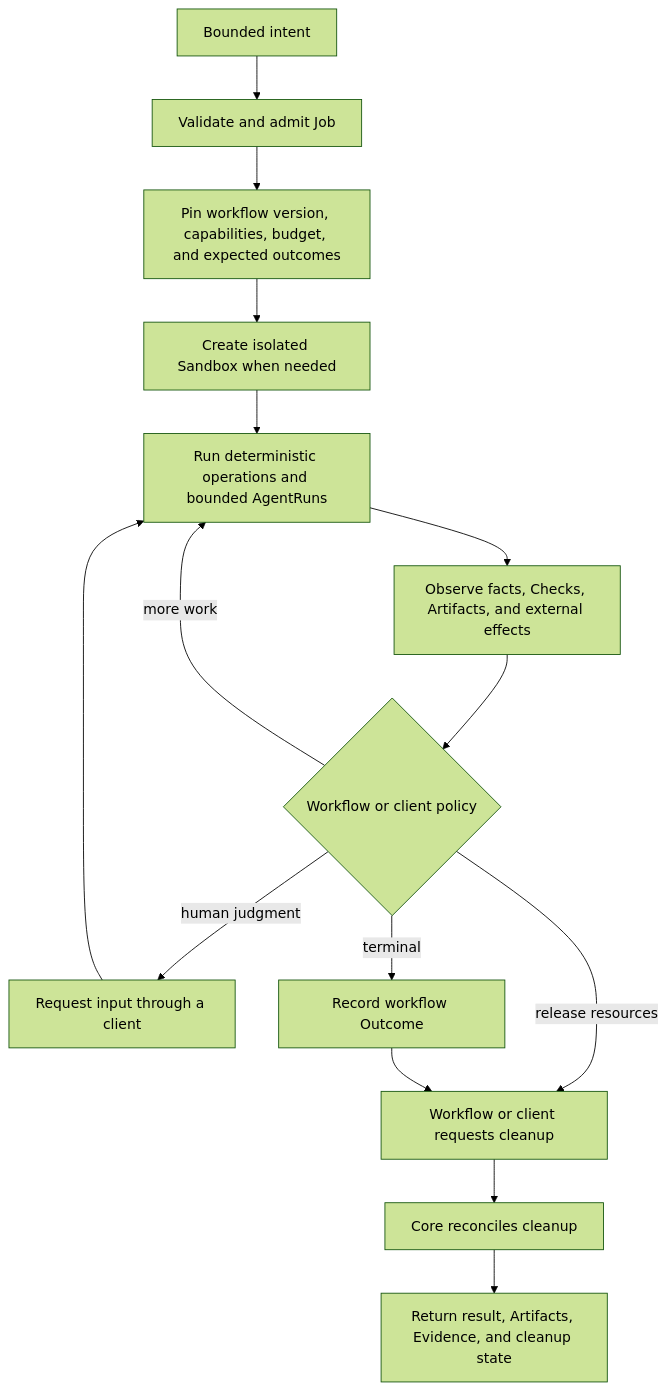
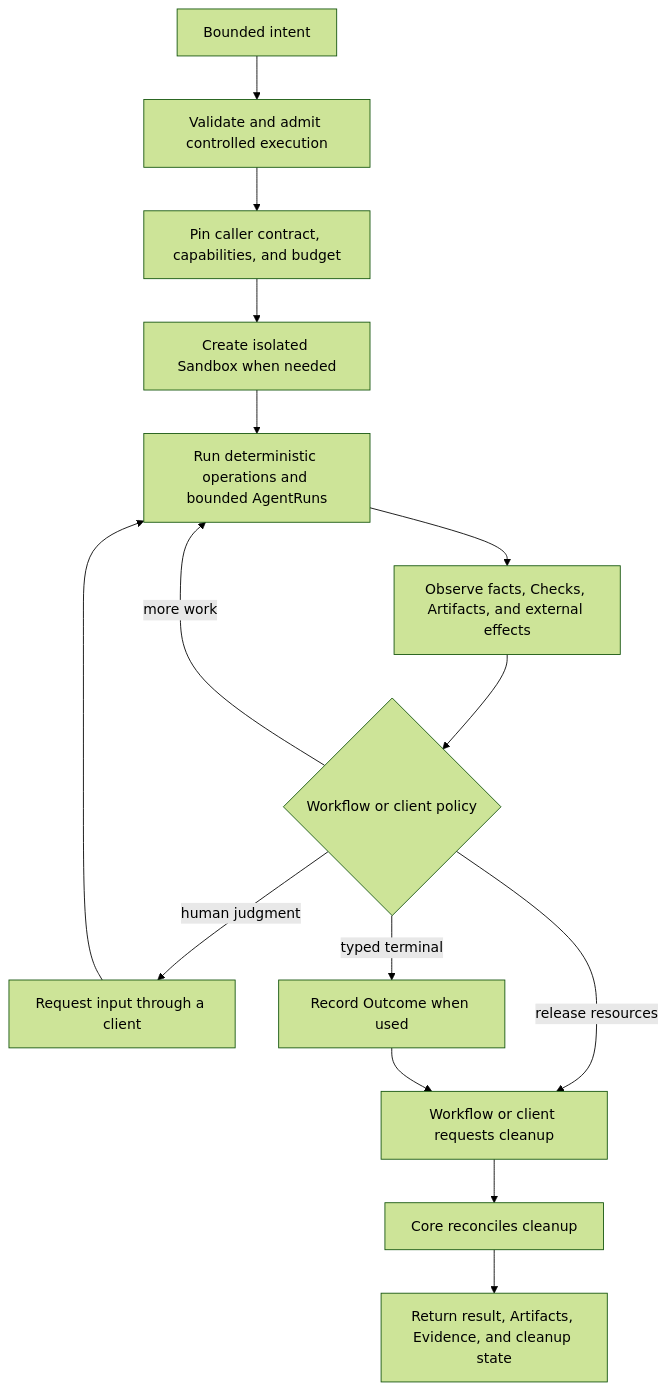
One commit to aphronio/dorf changed the diagram in docs/project/north-star.md. Above: the diagram before and after it, drawn with Mermaid (forest theme). The commit also changed other lines of this file and 5 other files, not shown here.

Commit message:
docs(architecture): define deployed control-plane boundary

````diff
--- a/docs/project/north-star.md
+++ b/docs/project/north-star.md
@@ -103,17 +103,17 @@
 ```mermaid
 flowchart TD
-    Intent["Bounded intent"] --> Admit["Validate and admit Job"]
-    Admit --> Contract["Pin workflow version, capabilities, budget, and expected outcomes"]
+    Intent["Bounded intent"] --> Admit["Validate and admit controlled execution"]
+    Admit --> Contract["Pin caller contract, capabilities, and budget"]
     Contract --> Sandbox["Create isolated Sandbox when needed"]
     Sandbox --> Work["Run deterministic operations and bounded AgentRuns"]
     Work --> Observe["Observe facts, Checks, Artifacts, and external effects"]
     Observe --> Decide{"Workflow or client policy"}
     Decide -->|"more work"| Work
     Decide -->|"human judgment"| Attention["Request input through a client"]
     Attention --> Work
-    Decide -->|"terminal"| Outcome["Record workflow Outcome"]
+    Decide -->|"typed terminal"| Outcome["Record Outcome when used"]
     Decide -->|"release resources"| RequestCleanup
     Outcome --> RequestCleanup["Workflow or client requests cleanup"]
     RequestCleanup --> Cleanup["Core reconciles cleanup"]
     Cleanup --> Receipt["Return result, Artifacts, Evidence, and cleanup state"]
 ```
````
